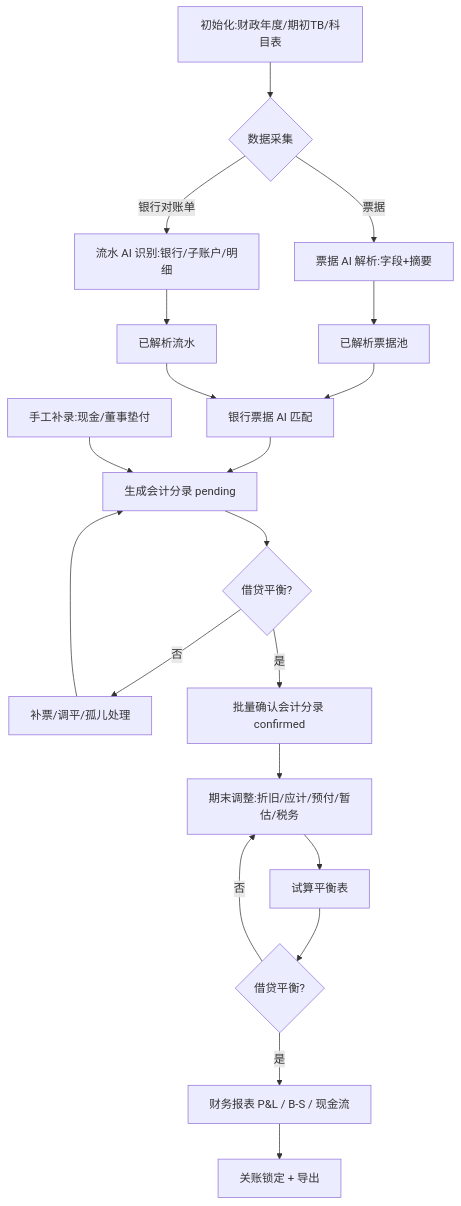
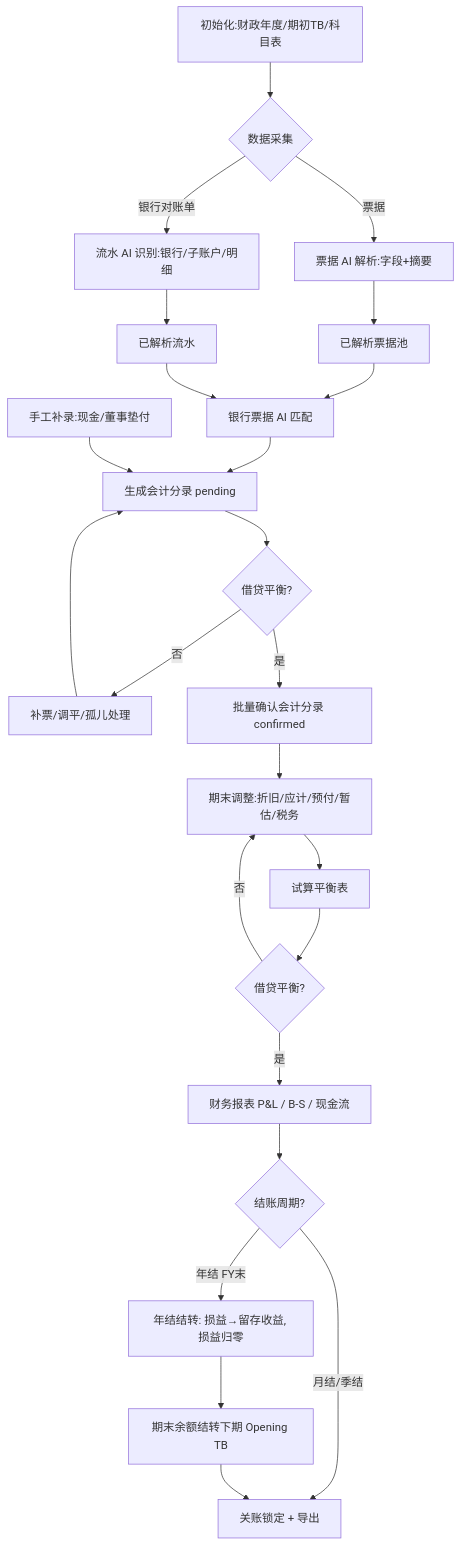
Before and after one commit to xiahan3/leapex: the fifth of 5 diagrams in docs/EasybookX_产品需求文档_PRD_v1.0.md, drawn with Mermaid. The commit also changed other lines of this file and 2 other files, not shown here.

````diff
--- a/docs/EasybookX_产品需求文档_PRD_v1.0.md
+++ b/docs/EasybookX_产品需求文档_PRD_v1.0.md
@@ -142,22 +145,26 @@
 ```mermaid
 flowchart TD
   Start[初始化:财政年度/期初TB/科目表] --> COL{数据采集}
   COL -->|票据| OCR[票据 AI 解析:字段+摘要]
   COL -->|银行对账单| BANK[流水 AI 识别:银行/子账户/明细]
   OCR --> POOL[已解析票据池]
   BANK --> FLOW[已解析流水]
   POOL --> MATCH[银行票据 AI 匹配]
   FLOW --> MATCH
   MATCH --> JE[生成会计分录 pending]
   CASH[手工补录:现金/董事垫付] --> JE
   JE --> BAL{借贷平衡?}
   BAL -->|否| FIX[补票/调平/孤儿处理]
   FIX --> JE
   BAL -->|是| CONFIRM[批量确认会计分录 confirmed]
   CONFIRM --> ADJ[期末调整:折旧/应计/预付/暂估/税务]
   ADJ --> TB[试算平衡表]
   TB --> CK{借贷平衡?}
   CK -->|否| ADJ
   CK -->|是| RPT[财务报表 P&L / B-S / 现金流]
-  RPT --> CLOSE[关账锁定 + 导出]
+  RPT --> CLT{结账周期?}
+  CLT -->|月结/季结| LOCK[关账锁定 + 导出]
+  CLT -->|年结 FY末| YC[年结结转: 损益→留存收益, 损益归零]
+  YC --> CF[期末余额结转下期 Opening TB]
+  CF --> LOCK
 ```
````
